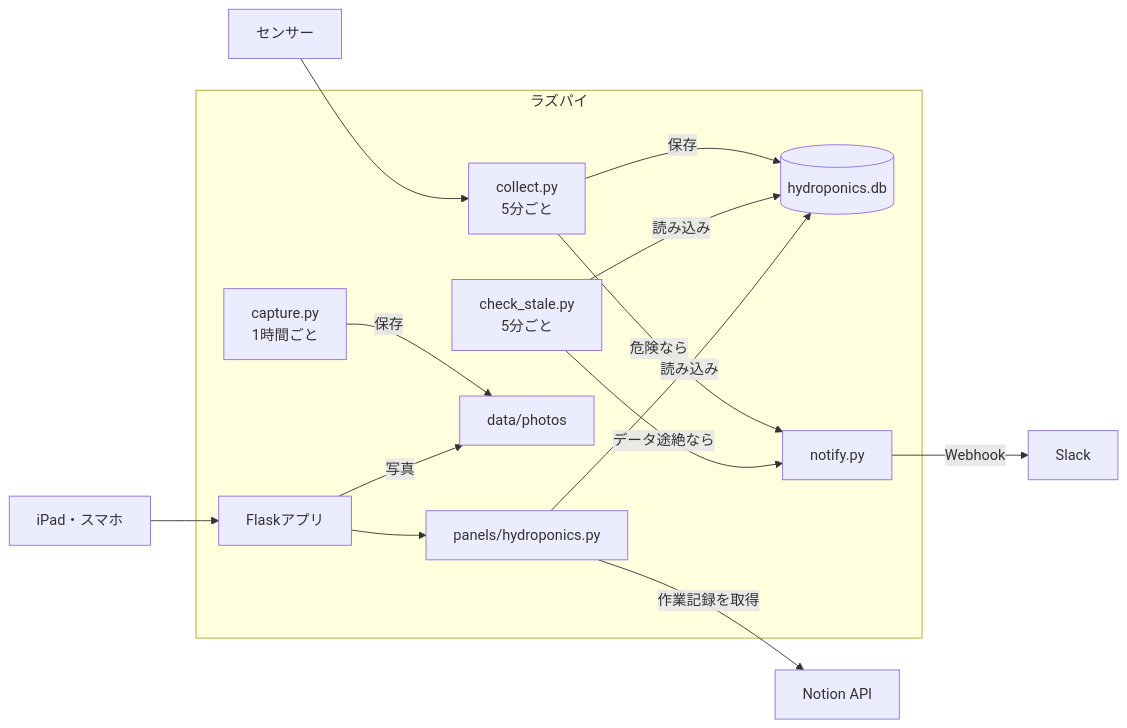
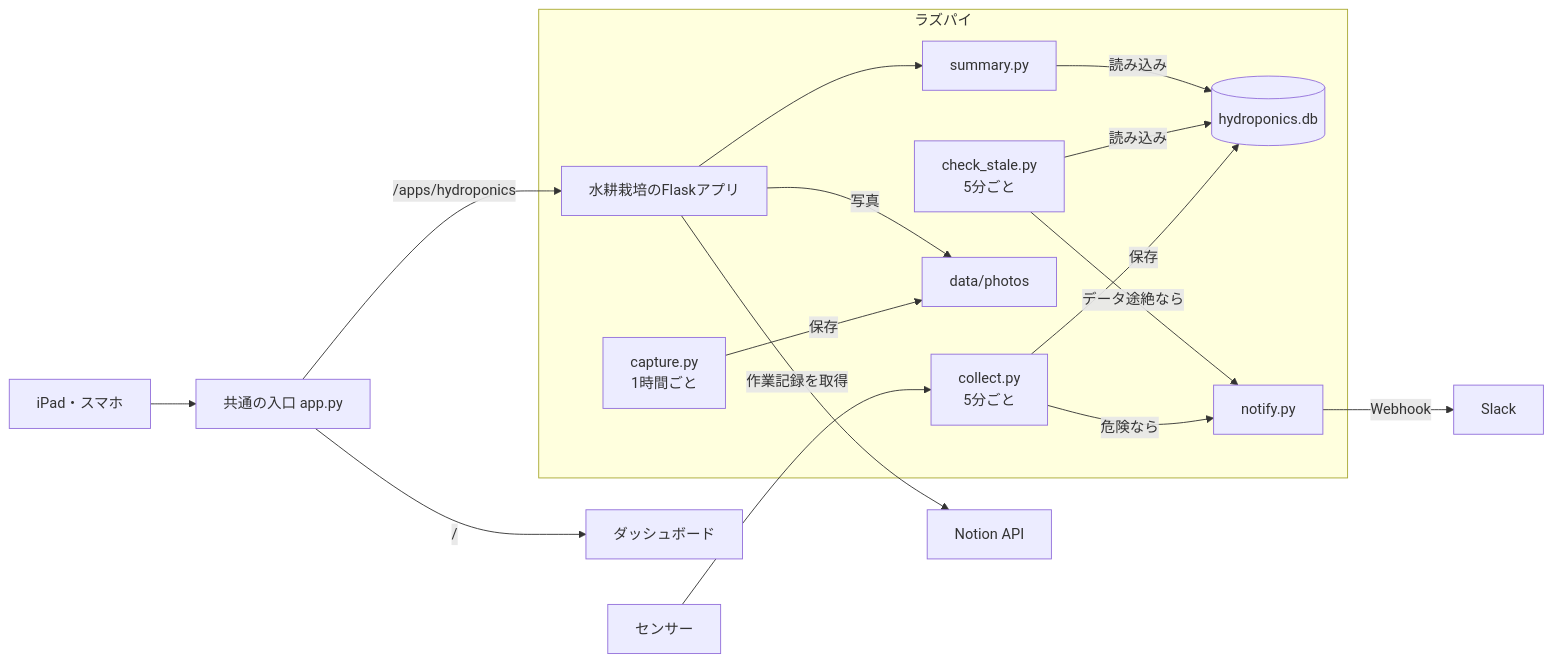
Before and after one commit to Kosei1114/dsc_dashboard: the diagram in 水耕栽培センサー管理 技術仕様書.md, drawn with Mermaid. The commit also changed other lines of this file and 5 other files, not shown here.

````diff
--- a/水耕栽培センサー管理 技術仕様書.md
+++ b/水耕栽培センサー管理 技術仕様書.md
@@ -40,18 +42,20 @@
 ```mermaid
 
 flowchart LR
   S[センサー] --> C
   subgraph PI[ラズパイ]
     C[collect.py<br/>5分ごと] -->|保存| DB[(hydroponics.db)]
     C -->|危険なら| NT[notify.py]
     K[check_stale.py<br/>5分ごと] -->|読み込み| DB
     K -->|データ途絶なら| NT
     CAM[capture.py<br/>1時間ごと] -->|保存| PH[data/photos]
-    W[Flaskアプリ] --> P[panels/hydroponics.py]
+    W[水耕栽培のFlaskアプリ] --> P[summary.py]
     P -->|読み込み| DB
     W -->|写真| PH
   end
   NT -->|Webhook| SL[Slack]
-  P -->|作業記録を取得| N[Notion API]
-  I[iPad・スマホ] --> W
+  W -->|作業記録を取得| N[Notion API]
+  I[iPad・スマホ] --> G[共通の入口 app.py]
+  G -->|/apps/hydroponics| W
+  G -->|/| D[ダッシュボード]
 ```
````
